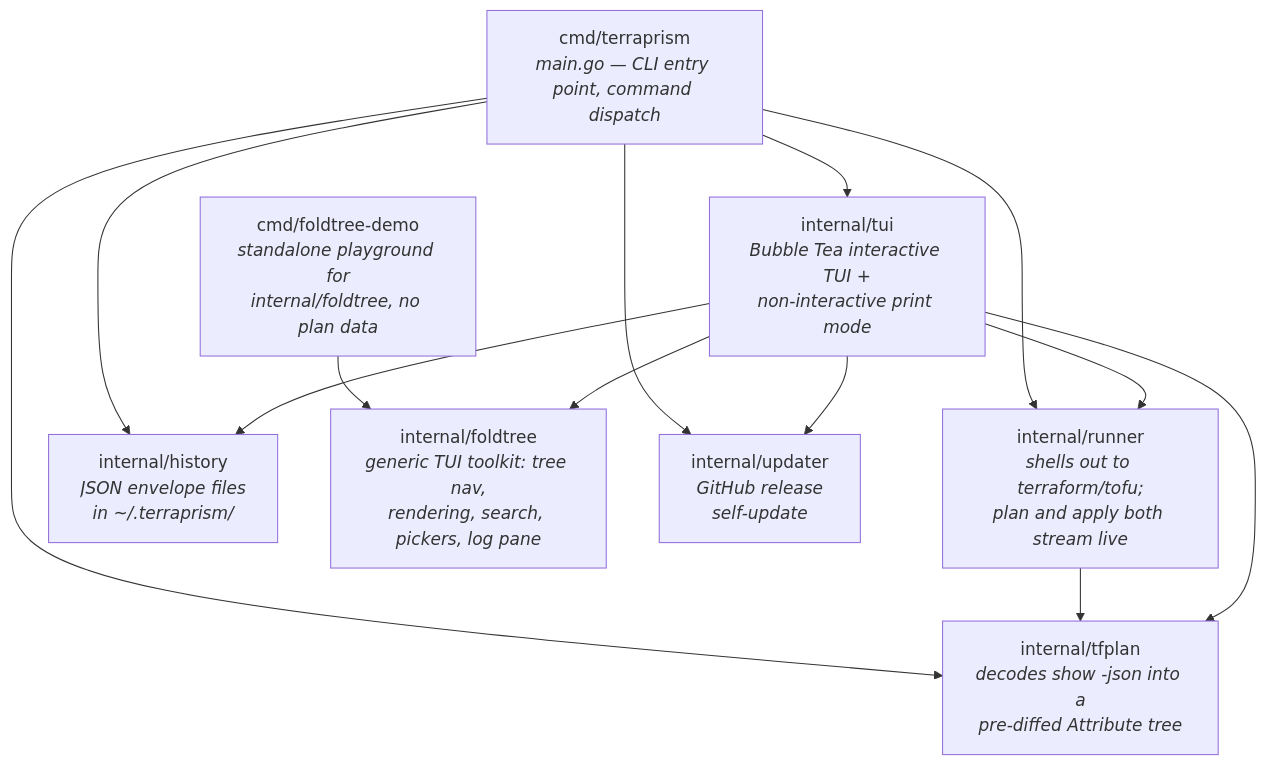
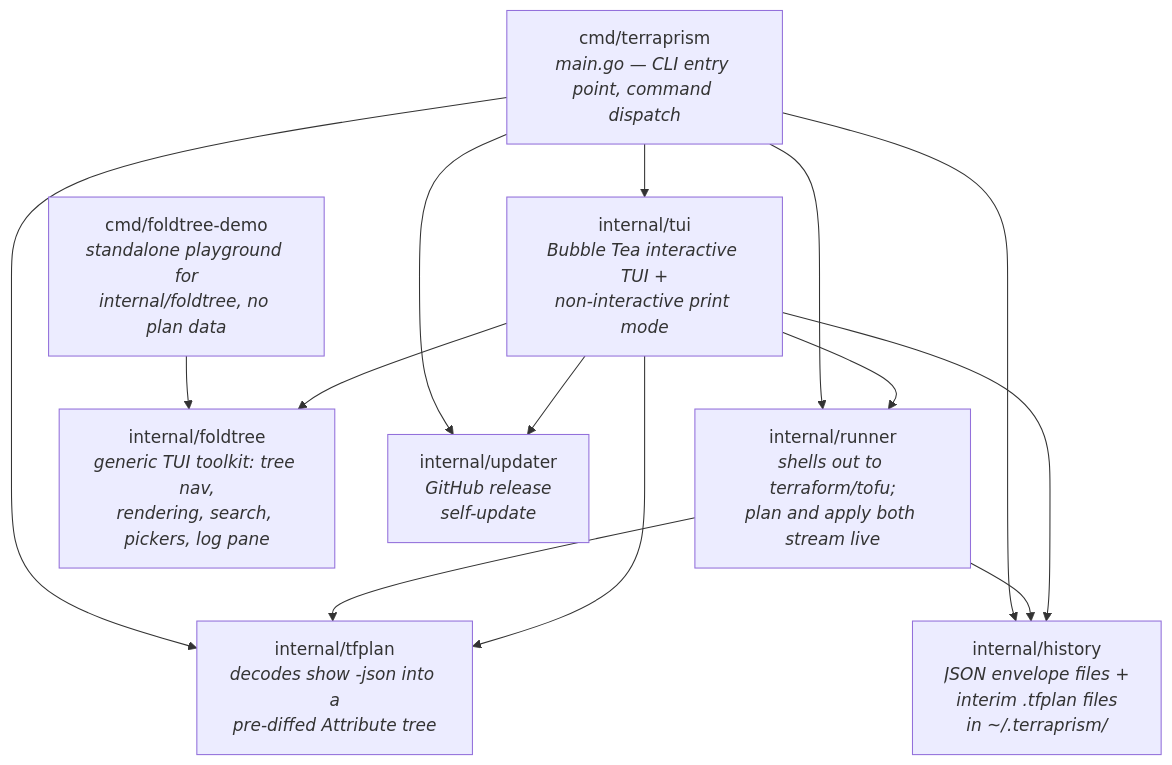
The second of 7 diagrams in ARCHITECTURE.md (choovick/terraprism), drawn with Mermaid before and after one commit. The commit also changed other lines of this file and 1 other file, not shown here.

First line of the commit message:
docs: document ~/.terraprism/ plan-file storage and stale-file cleanup

````diff
--- a/ARCHITECTURE.md
+++ b/ARCHITECTURE.md
@@ -40,26 +40,27 @@
 ```mermaid
 flowchart TD
     main["cmd/terraprism<br/><i>main.go — CLI entry point, command dispatch</i>"]
     demo["cmd/foldtree-demo<br/><i>standalone playground for<br/>internal/foldtree, no plan data</i>"]
 
     runner["internal/runner<br/><i>shells out to terraform/tofu;<br/>plan and apply both stream live</i>"]
     tfplan["internal/tfplan<br/><i>decodes show -json into a<br/>pre-diffed Attribute tree</i>"]
-    history["internal/history<br/><i>JSON envelope files<br/>in ~/.terraprism/</i>"]
+    history["internal/history<br/><i>JSON envelope files +<br/>interim .tfplan files<br/>in ~/.terraprism/</i>"]
     tui["internal/tui<br/><i>Bubble Tea interactive TUI +<br/>non-interactive print mode</i>"]
     foldtree["internal/foldtree<br/><i>generic TUI toolkit: tree nav,<br/>rendering, search, pickers, log pane</i>"]
     updater["internal/updater<br/><i>GitHub release<br/>self-update</i>"]
 
     main --> runner
     main --> tfplan
     main --> history
     main --> tui
     main --> updater
     demo --> foldtree
 
     runner --> tfplan
+    runner --> history
     tui --> tfplan
     tui --> runner
     tui --> history
     tui --> updater
     tui --> foldtree
 ```
````
